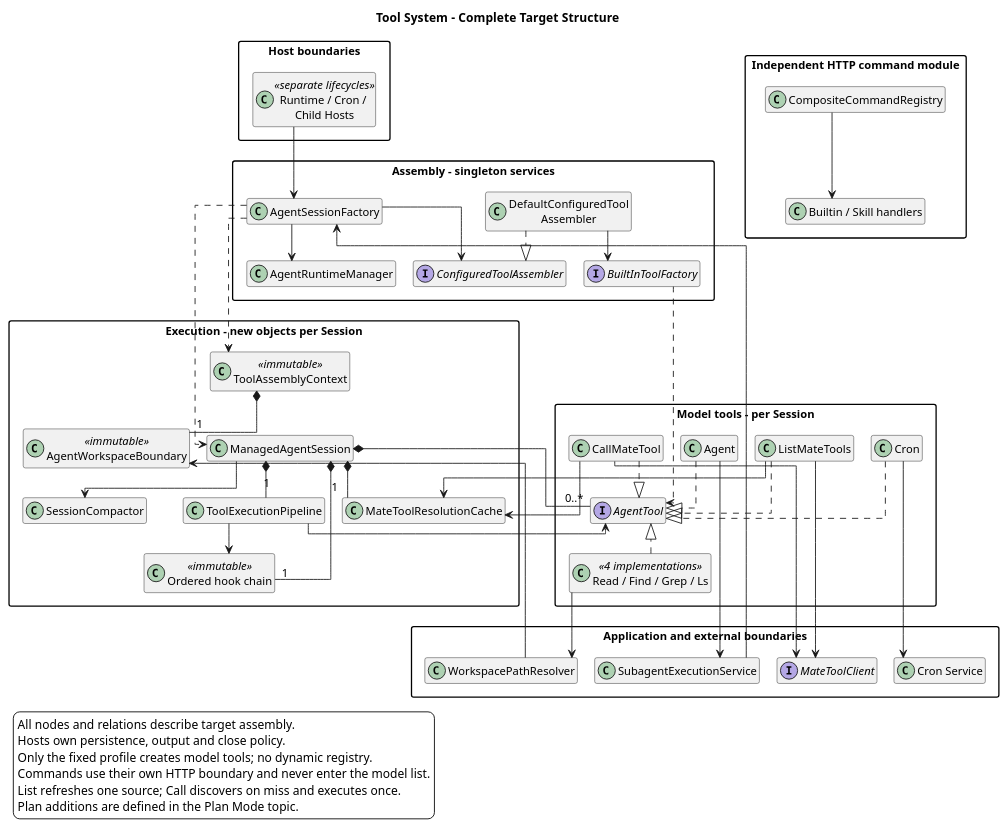
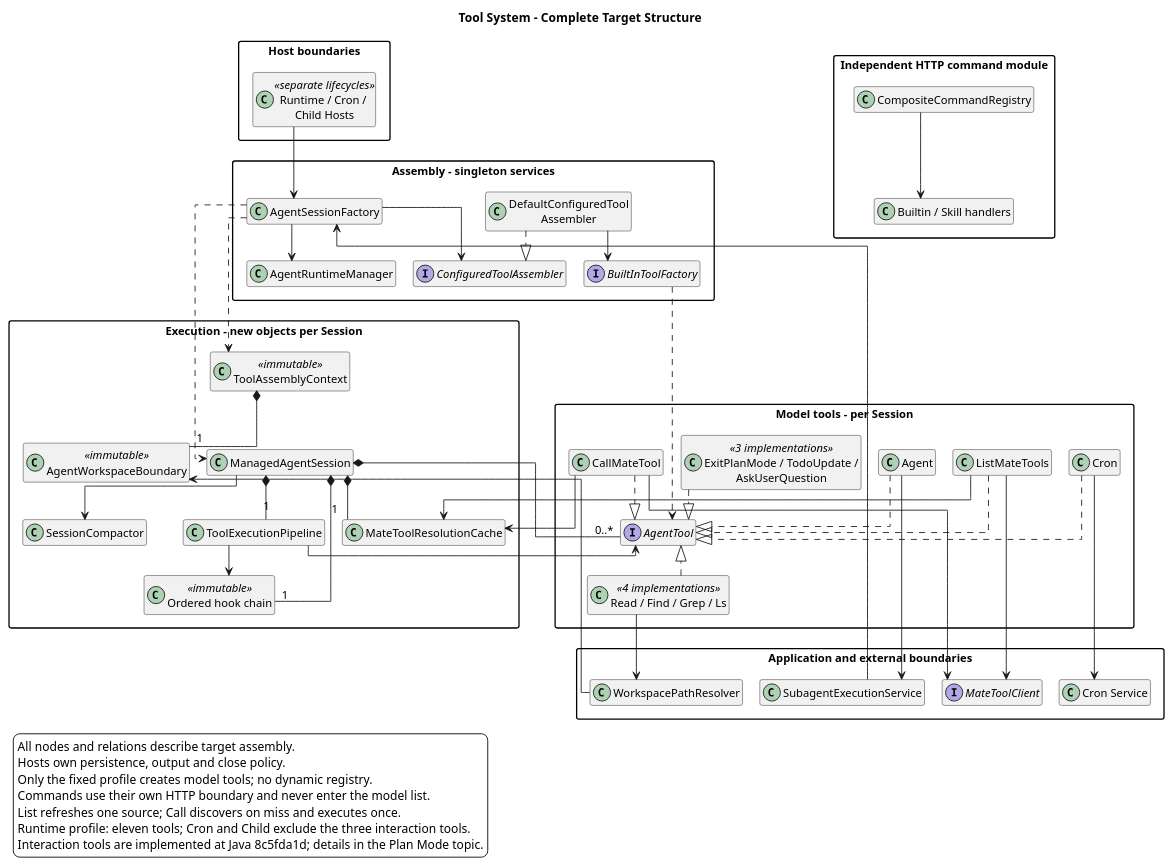
The first of 11 diagrams in 01-总体架构/02-CampusClaw工具系统/diagram.puml (ssm0808/pi-mono-java-design), drawn with PlantUML before and after one commit. The commit also changed other lines of this file and 182 other files, not shown here.

```diff
--- a/01-总体架构/02-CampusClaw工具系统/diagram.puml
+++ b/01-总体架构/02-CampusClaw工具系统/diagram.puml
@@ -1,115 +1,118 @@
 @startuml tool_system_architecture
 ' Source evidence (CampusClaw d649866):
 ' modules/agent-core/src/main/java/com/campusclaw/agent/tool/AgentTool.java: AgentTool
 ' modules/agent-core/src/main/java/com/campusclaw/agent/tool/ToolExecutionPipeline.java: execute, executeAll
 ' modules/coding-agent-cli/src/main/java/com/campusclaw/codingagent/session/AgentSession.java: initialize, configureRuntimeTools
 ' PR 167 f60cc3e: TUI/CLI removal diff deleted entry-independent session capabilities.
 ' Observed behavior: the current CLI session combines catalogs, reload, skills,
 ' delegation, and tool assembly; the Runtime path has separate assembly logic.
 ' Design reason: one closed factory and one light session factory keep all managed
 ' entry points aligned while Hosts retain their own persistence and lifecycle.
 title Tool System - Complete Target Structure
 top to bottom direction
 skinparam backgroundColor white
 skinparam shadowing false
 skinparam defaultFontName SansSerif
 skinparam defaultFontSize 13
 skinparam classAttributeIconSize 0
 skinparam packageStyle rectangle
 skinparam nodesep 20
 skinparam ranksep 35
 skinparam linetype ortho
 hide empty members
 
 package "Host boundaries" {
   class "Runtime / Cron / \nChild Hosts" as Hosts <<separate lifecycles>>
 }
 package "Assembly - singleton services" {
   class "AgentSessionFactory" as Factory
   interface "ConfiguredToolAssembler" as Assembler
   class "DefaultConfiguredTool\nAssembler" as Configured
   interface "BuiltInToolFactory" as ToolFactory
   class "AgentRuntimeManager" as Manager
 }
 package "Execution - new objects per Session" {
   class "ManagedAgentSession" as Session
   class "ToolAssemblyContext" as Context <<immutable>>
   class "AgentWorkspaceBoundary" as Workspace <<immutable>>
   class "MateToolResolutionCache" as Cache
   class "Ordered hook chain" as Hooks <<immutable>>
   class "ToolExecutionPipeline" as Pipeline
   class "SessionCompactor" as Compactor
 }
 package "Model tools - per Session" {
   interface "AgentTool" as Tool
+  class "ExitPlanMode / TodoUpdate /\nAskUserQuestion" as InteractionTools <<3 implementations>>
   class "Read / Find / Grep / Ls" as Local <<4 implementations>>
   class "ListMateTools" as List
   class "CallMateTool" as Call
   class Cron
   class "Agent" as ChildTool
 }
 package "Application and external boundaries" {
   interface "MateToolClient" as Mate
   class "Cron Service" as CronService
   class "SubagentExecutionService" as ChildService
   class "WorkspacePathResolver" as Resolver
 }
 package "Independent HTTP command module" {
   class "CompositeCommandRegistry" as Slash
   class "Builtin / Skill handlers" as SlashHandlers
 }
 Hosts --> Factory
 Factory --> Manager
 Factory --> Assembler
 Configured ..|> Assembler
 Configured --> ToolFactory
 Factory ..> Context
 Context *-- "1" Workspace
 Factory ..> Session
 Session *-- "1" Pipeline
 Session --> Compactor
 Session *-- "1" Cache
 Session *-- "1" Hooks
 Session *-- "0..*" Tool
 Pipeline --> Hooks
 Pipeline --> Tool
 ToolFactory ..> Tool
 Local ..|> Tool
 List ..|> Tool
 Call ..|> Tool
 Cron ..|> Tool
 ChildTool ..|> Tool
+InteractionTools ..|> Tool
 Local --> Resolver
 Resolver --> Workspace
 List --> Mate
 List --> Cache
 Call --> Cache
 Call --> Mate
 Cron --> CronService
 ChildTool --> ChildService
 ChildService -[norank]-> Factory
 Slash --> SlashHandlers
 Hosts -[hidden]down-> Factory
 Factory -[hidden]down-> Session
 Session -[hidden]down-> Local
 legend bottom left
 All nodes and relations describe target assembly.
 Hosts own persistence, output and close policy.
 Only the fixed profile creates model tools; no dynamic registry.
 Commands use their own HTTP boundary and never enter the model list.
 List refreshes one source; Call discovers on miss and executes once.
-Plan additions are defined in the Plan Mode topic.
+Runtime profile: eleven tools; Cron and Child exclude the three interaction tools.
+Interaction tools are implemented at Java 8c5fda1d; details in the Plan Mode topic.
 endlegend
 Factory -[hidden]down-> Assembler
 Assembler -[hidden]down-> Context
 Context -[hidden]down-> Session
 Session -[hidden]down-> Pipeline
 Pipeline -[hidden]down-> Tool
 Tool -[hidden]down-> Local
 Local -[hidden]down-> Resolver
 List -[hidden]down-> Mate
 Cron -[hidden]down-> CronService
 ChildTool -[hidden]down-> ChildService
 Slash -[hidden]down-> SlashHandlers
 
 @enduml
```
